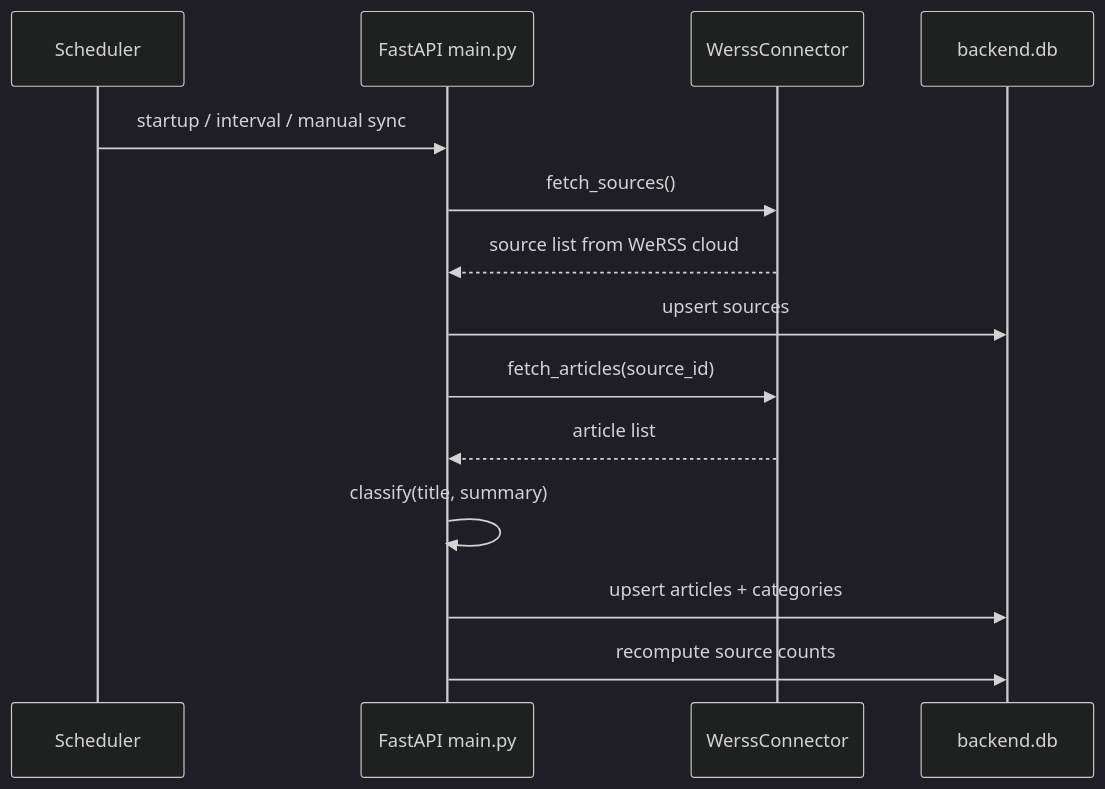
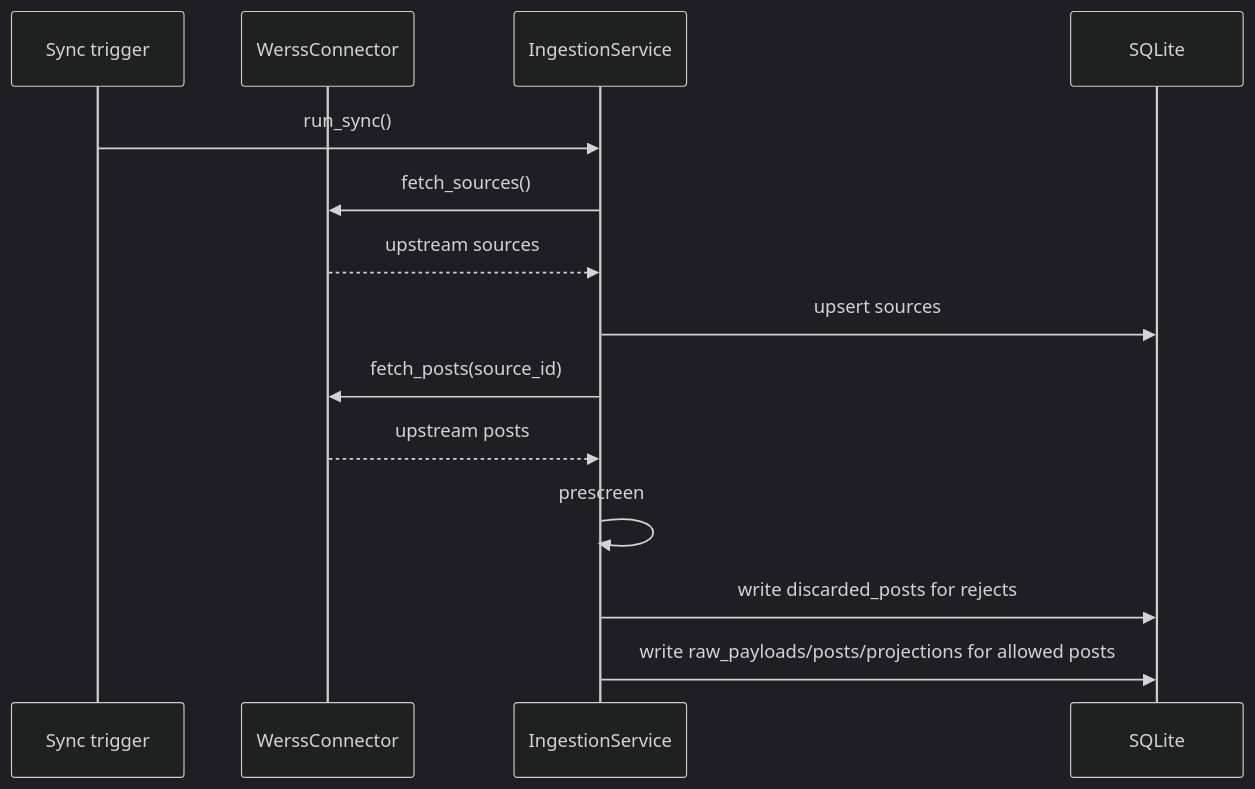
One commit to porridgeowefish/lizhi changed the second of 2 diagrams in docs/backend-rebuild/current-state.md. Above: the diagram before and after it, drawn with Mermaid (dark theme). The commit also changed other lines of this file and 17 other files, not shown here.

````diff
--- a/docs/backend-rebuild/current-state.md
+++ b/docs/backend-rebuild/current-state.md
@@ -83,17 +48,17 @@
 ```mermaid
 sequenceDiagram
-    participant Scheduler
-    participant Main as FastAPI main.py
+    participant API as Sync trigger
     participant Connector as WerssConnector
-    participant DB as backend.db
+    participant Service as IngestionService
+    participant DB as SQLite
 
-    Scheduler->>Main: startup / interval / manual sync
-    Main->>Connector: fetch_sources()
-    Connector-->>Main: source list from WeRSS cloud
-    Main->>DB: upsert sources
-    Main->>Connector: fetch_articles(source_id)
-    Connector-->>Main: article list
-    Main->>Main: classify(title, summary)
-    Main->>DB: upsert articles + categories
-    Main->>DB: recompute source counts
+    API->>Service: run_sync()
+    Service->>Connector: fetch_sources()
+    Connector-->>Service: upstream sources
+    Service->>DB: upsert sources
+    Service->>Connector: fetch_posts(source_id)
+    Connector-->>Service: upstream posts
+    Service->>Service: prescreen
+    Service->>DB: write discarded_posts for rejects
+    Service->>DB: write raw_payloads/posts/projections for allowed posts
 ```
````
